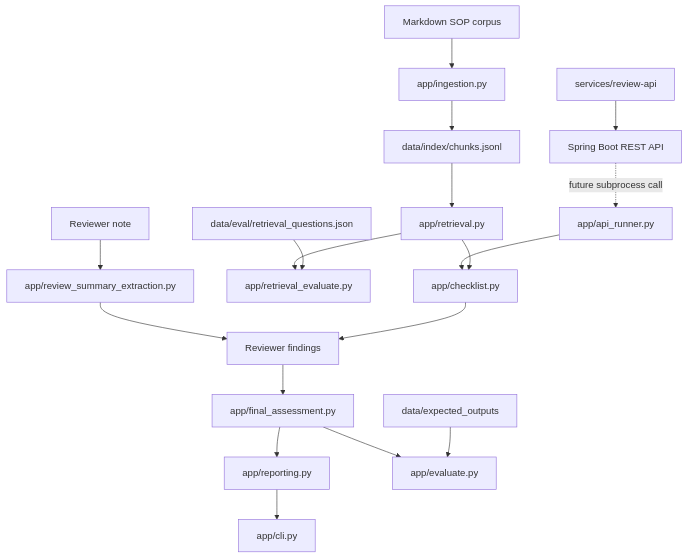
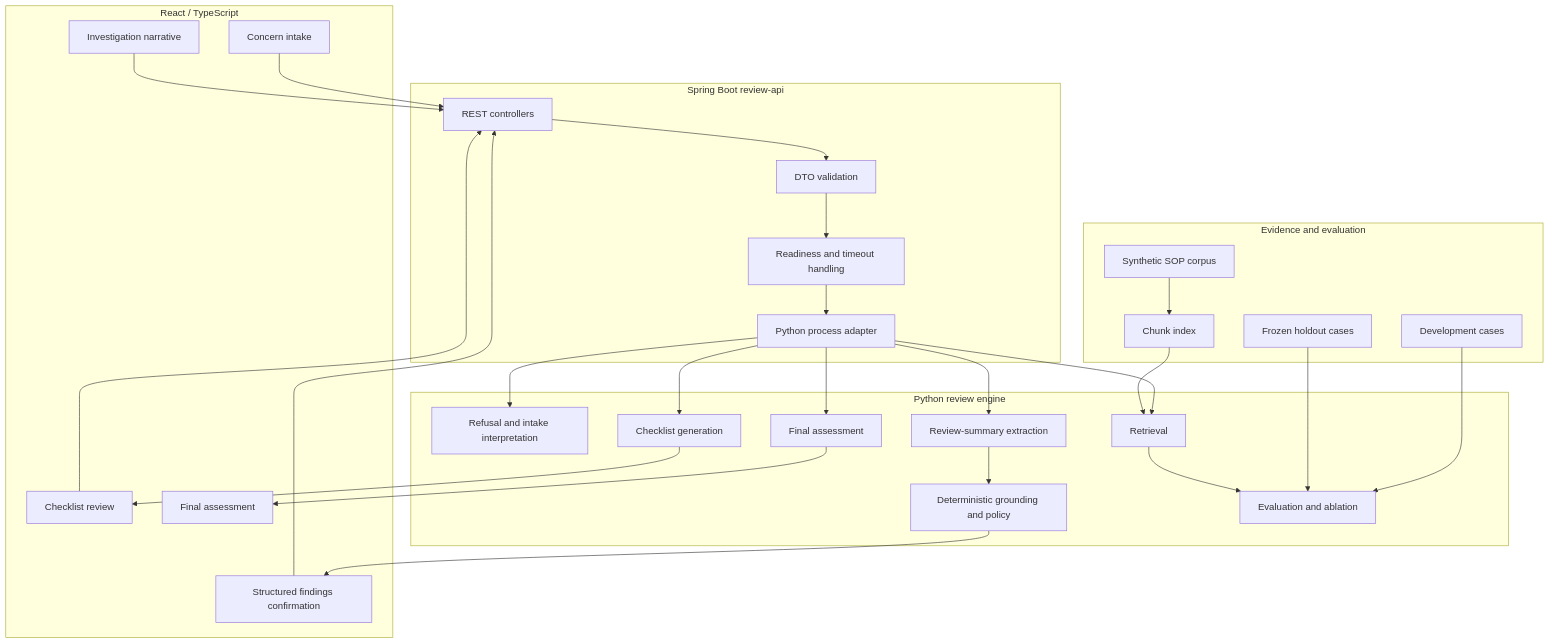
The second of 2 diagrams in README.md (markwuenschel-dev/Compounding-Quality-RAG), drawn with Mermaid before and after one commit. The commit also changed other lines of this file and 2 other files, not shown here.

Commit message:
docs: close out semantic intent retrieval evaluation

````diff
--- a/README.md
+++ b/README.md
@@ -108,24 +80,53 @@
 ```mermaid
-flowchart TD
-    A[Markdown SOP corpus] --> B[app/ingestion.py]
-    B --> C[data/index/chunks.jsonl]
-    C --> D[app/retrieval.py]
-    D --> E[app/checklist.py]
-    E --> F[Reviewer findings]
-    F --> G[app/final_assessment.py]
-    G --> H[app/reporting.py]
-    H --> I[app/cli.py]
+flowchart TB
+    subgraph UI[React / TypeScript]
+        A[Concern intake]
+        B[Checklist review]
+        C[Investigation narrative]
+        D[Structured findings confirmation]
+        E[Final assessment]
+    end
 
-    J[data/eval/retrieval_questions.json] --> K[app/retrieval_evaluate.py]
-    D --> K
+    subgraph API[Spring Boot review-api]
+        F[REST controllers]
+        G[DTO validation]
+        H[Readiness and timeout handling]
+        I[Python process adapter]
+    end
 
-    L[data/expected_outputs] --> M[app/evaluate.py]
-    G --> M
+    subgraph Engine[Python review engine]
+        J[Refusal and intake interpretation]
+        K[Retrieval]
+        L[Checklist generation]
+        M[Review-summary extraction]
+        N[Deterministic grounding and policy]
+        O[Final assessment]
+        P[Evaluation and ablation]
+    end
 
-    N[Reviewer note] --> O[app/review_summary_extraction.py]
-    O --> F
+    subgraph Evidence[Evidence and evaluation]
+        Q[Synthetic SOP corpus]
+        R[Chunk index]
+        S[Development cases]
+        T[Frozen holdout cases]
+    end
 
-    P[services/review-api] --> Q[Spring Boot REST API]
-    Q -. future subprocess call .-> R[app/api_runner.py]
-    R --> E
+    A --> F
+    B --> F
+    C --> F
+    D --> F
+    F --> G --> H --> I
+    I --> J
+    I --> K
+    I --> L
+    I --> M
+    M --> N
+    I --> O
+    Q --> R --> K
+    S --> P
+    T --> P
+    K --> P
+    L --> B
+    N --> D
+    O --> E
 ```
````
